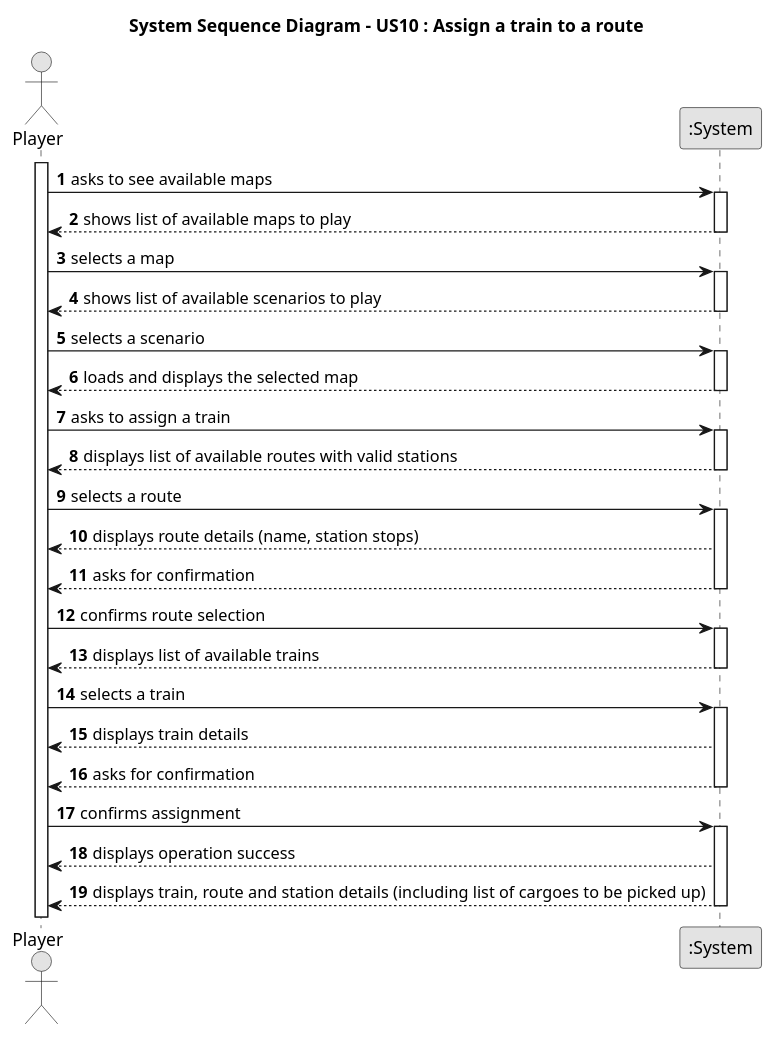
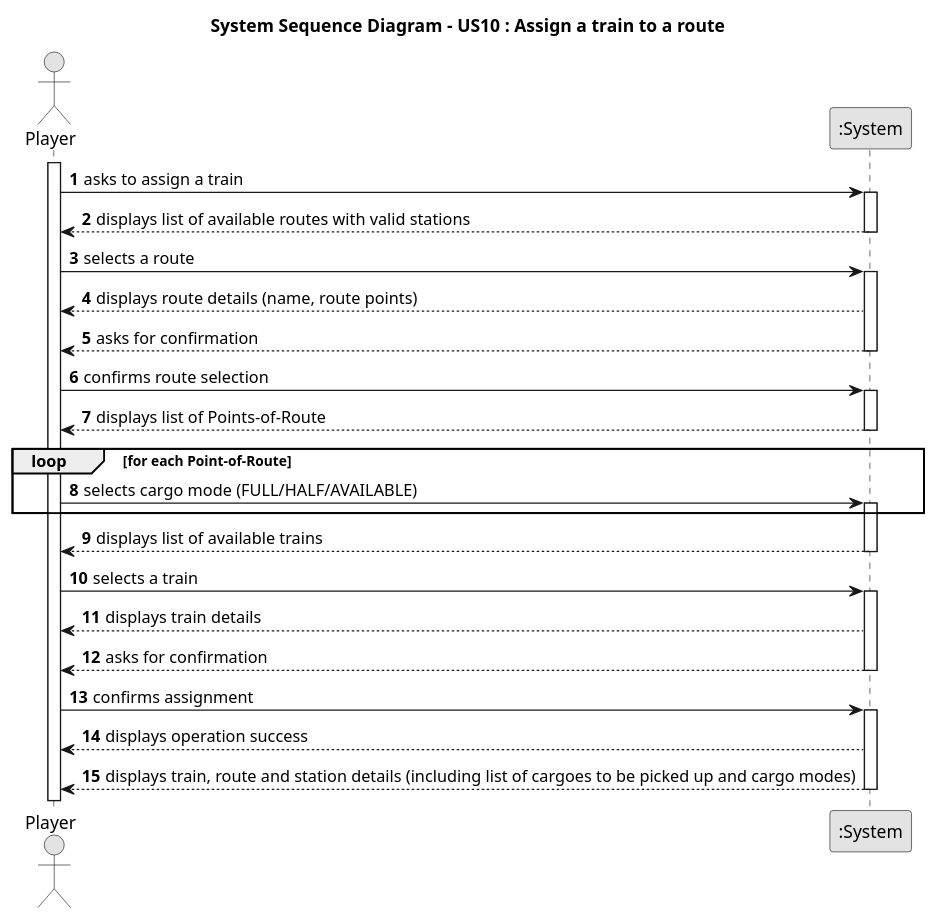
The diagram in docs/system-documentation/Sprint 3/US10/01.requirements-engineering/puml/US010-SSD.puml (HenriqueSilva18/Railway-Network-Simulator), drawn with PlantUML before and after one commit. The commit also changed 4 other files, not shown here.

```diff
--- a/docs/system-documentation/Sprint 3/US10/01.requirements-engineering/puml/US010-SSD.puml
+++ b/docs/system-documentation/Sprint 3/US10/01.requirements-engineering/puml/US010-SSD.puml
@@ -1,66 +1,51 @@
 @startuml
 skinparam monochrome true
 skinparam packageStyle rectangle
 skinparam shadowing false
 
 autonumber
 
 title "System Sequence Diagram - US10 : Assign a train to a route"
 
 actor "Player" as Player
 participant ":System" as System
 
 activate Player
-Player -> System: asks to see available maps
-activate System
-System --> Player: shows list of available maps to play
-deactivate System
-Player -> System: selects a map
-activate System
-System --> Player: shows list of available scenarios to play
-deactivate System
-Player -> System : selects a scenario
-activate System
-
-System --> Player: loads and displays the selected map
-deactivate System
 
     Player -> System : asks to assign a train
         activate System
-
-
             System --> Player : displays list of available routes with valid stations
         deactivate System
 
     Player -> System : selects a route
         activate System
-
-
-            System --> Player : displays route details (name, station stops)
+            System --> Player : displays route details (name, route points)
             System --> Player : asks for confirmation
         deactivate System
 
     Player -> System : confirms route selection
         activate System
+            System --> Player : displays list of Points-of-Route
+        deactivate System
 
+    loop for each Point-of-Route
+        Player -> System : selects cargo mode (FULL/HALF/AVAILABLE)
+            activate System
+    end
 
             System --> Player : displays list of available trains
         deactivate System
 
     Player -> System : selects a train
         activate System
-
-
             System --> Player : displays train details
             System --> Player : asks for confirmation
         deactivate System
 
     Player -> System : confirms assignment
         activate System
-
-
             System --> Player : displays operation success
-            System --> Player : displays train, route and station details (including list of cargoes to be picked up)
+            System --> Player : displays train, route and station details (including list of cargoes to be picked up and cargo modes)
         deactivate System
 
 @enduml
```
